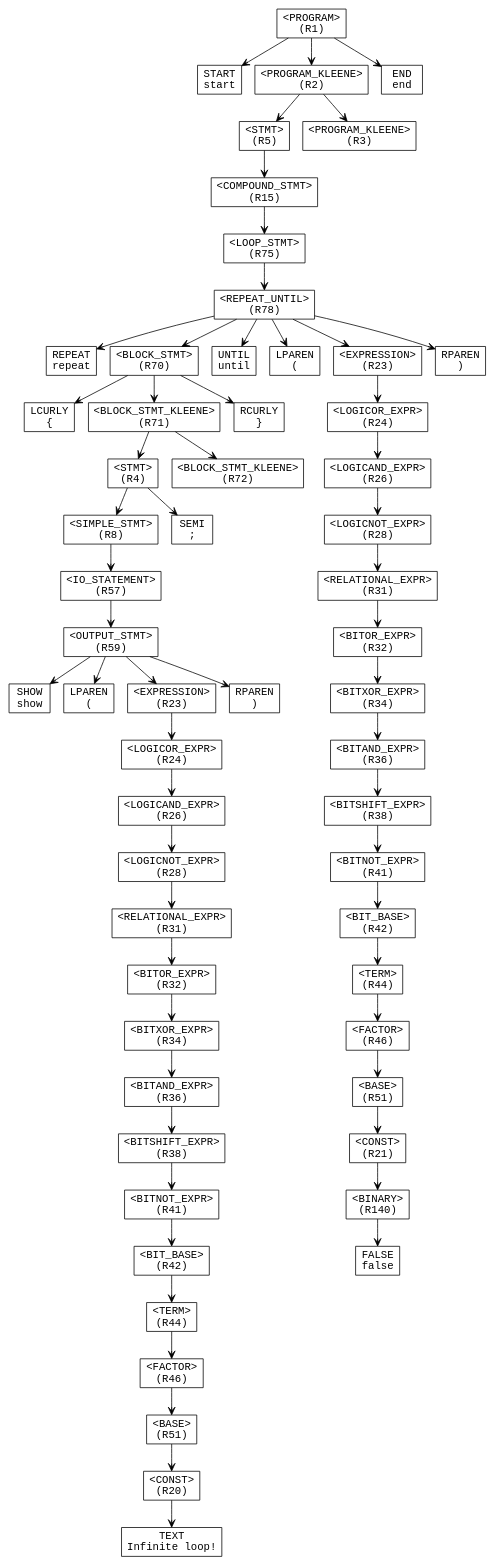
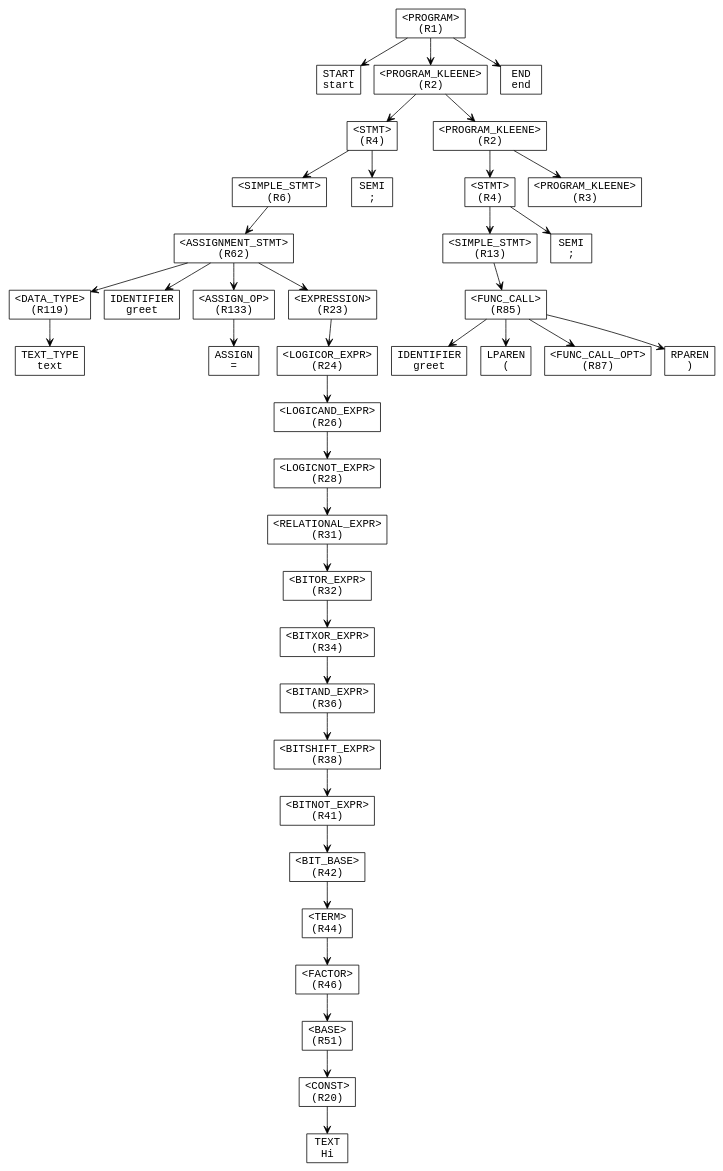
Before and after one commit to AjDesuuu/Upspyre-Programming-Language: the diagram in parse_tree.dot, drawn with Graphviz. The commit also changed 5 other files, not shown here.

```diff
--- a/parse_tree.dot
+++ b/parse_tree.dot
@@ -1,121 +1,81 @@
 digraph ParseTree {
   node [shape=box, fontname="Courier"];
   edge [arrowhead=vee];
-  n569324535 [label="<PROGRAM>\n(R1)"];
-  n1750200725 [label="START\nstart"];
-  n569324535 -> n1750200725;
-  n334939070 [label="<PROGRAM_KLEENE>\n(R2)"];
-  n708589066 [label="<STMT>\n(R5)"];
-  n1104748438 [label="<COMPOUND_STMT>\n(R15)"];
-  n1099975486 [label="<LOOP_STMT>\n(R75)"];
-  n1692310401 [label="<REPEAT_UNTIL>\n(R78)"];
-  n790195574 [label="REPEAT\nrepeat"];
-  n1692310401 -> n790195574;
-  n649458348 [label="<BLOCK_STMT>\n(R70)"];
-  n1707050239 [label="LCURLY\n{"];
-  n649458348 -> n1707050239;
-  n1974274394 [label="<BLOCK_STMT_KLEENE>\n(R71)"];
-  n297515076 [label="<STMT>\n(R4)"];
-  n403839053 [label="<SIMPLE_STMT>\n(R8)"];
-  n26476492 [label="<IO_STATEMENT>\n(R57)"];
-  n485081469 [label="<OUTPUT_STMT>\n(R59)"];
-  n1356608316 [label="SHOW\nshow"];
-  n485081469 -> n1356608316;
-  n1485080858 [label="LPAREN\n("];
-  n485081469 -> n1485080858;
-  n1182232665 [label="<EXPRESSION>\n(R23)"];
-  n340239299 [label="<LOGICOR_EXPR>\n(R24)"];
-  n624113572 [label="<LOGICAND_EXPR>\n(R26)"];
-  n1501800001 [label="<LOGICNOT_EXPR>\n(R28)"];
-  n604758160 [label="<RELATIONAL_EXPR>\n(R31)"];
-  n226166377 [label="<BITOR_EXPR>\n(R32)"];
-  n826908277 [label="<BITXOR_EXPR>\n(R34)"];
-  n1975293875 [label="<BITAND_EXPR>\n(R36)"];
-  n248047348 [label="<BITSHIFT_EXPR>\n(R38)"];
-  n1532358922 [label="<BITNOT_EXPR>\n(R41)"];
-  n638744099 [label="<BIT_BASE>\n(R42)"];
-  n922905693 [label="<TERM>\n(R44)"];
-  n2117387023 [label="<FACTOR>\n(R46)"];
-  n169717858 [label="<BASE>\n(R51)"];
-  n1066101868 [label="<CONST>\n(R20)"];
-  n458202948 [label="TEXT\nInfinite loop!"];
+  n1099975486 [label="<PROGRAM>\n(R1)"];
+  n1692310401 [label="START\nstart"];
+  n1099975486 -> n1692310401;
+  n485081469 [label="<PROGRAM_KLEENE>\n(R2)"];
+  n1356608316 [label="<STMT>\n(R4)"];
+  n1485080858 [label="<SIMPLE_STMT>\n(R6)"];
+  n1182232665 [label="<ASSIGNMENT_STMT>\n(R62)"];
+  n340239299 [label="<DATA_TYPE>\n(R119)"];
+  n624113572 [label="TEXT_TYPE\ntext"];
+  n340239299 -> n624113572;
+  n1182232665 -> n340239299;
+  n1501800001 [label="IDENTIFIER\ngreet"];
+  n1182232665 -> n1501800001;
+  n604758160 [label="<ASSIGN_OP>\n(R133)"];
+  n226166377 [label="ASSIGN\n="];
+  n604758160 -> n226166377;
+  n1182232665 -> n604758160;
+  n826908277 [label="<EXPRESSION>\n(R23)"];
+  n1975293875 [label="<LOGICOR_EXPR>\n(R24)"];
+  n248047348 [label="<LOGICAND_EXPR>\n(R26)"];
+  n1532358922 [label="<LOGICNOT_EXPR>\n(R28)"];
+  n638744099 [label="<RELATIONAL_EXPR>\n(R31)"];
+  n922905693 [label="<BITOR_EXPR>\n(R32)"];
+  n2117387023 [label="<BITXOR_EXPR>\n(R34)"];
+  n169717858 [label="<BITAND_EXPR>\n(R36)"];
+  n1066101868 [label="<BITSHIFT_EXPR>\n(R38)"];
+  n458202948 [label="<BITNOT_EXPR>\n(R41)"];
+  n1136331673 [label="<BIT_BASE>\n(R42)"];
+  n608316716 [label="<TERM>\n(R44)"];
+  n1078910404 [label="<FACTOR>\n(R46)"];
+  n664592182 [label="<BASE>\n(R51)"];
+  n1012989855 [label="<CONST>\n(R20)"];
+  n167681650 [label="TEXT\nHi"];
+  n1012989855 -> n167681650;
+  n664592182 -> n1012989855;
+  n1078910404 -> n664592182;
+  n608316716 -> n1078910404;
+  n1136331673 -> n608316716;
+  n458202948 -> n1136331673;
   n1066101868 -> n458202948;
   n169717858 -> n1066101868;
   n2117387023 -> n169717858;
   n922905693 -> n2117387023;
   n638744099 -> n922905693;
   n1532358922 -> n638744099;
   n248047348 -> n1532358922;
   n1975293875 -> n248047348;
   n826908277 -> n1975293875;
-  n226166377 -> n826908277;
-  n604758160 -> n226166377;
-  n1501800001 -> n604758160;
-  n624113572 -> n1501800001;
-  n340239299 -> n624113572;
-  n1182232665 -> n340239299;
-  n485081469 -> n1182232665;
-  n1136331673 [label="RPAREN\n)"];
-  n485081469 -> n1136331673;
-  n26476492 -> n485081469;
-  n403839053 -> n26476492;
-  n297515076 -> n403839053;
-  n608316716 [label="SEMI\n;"];
-  n297515076 -> n608316716;
-  n1974274394 -> n297515076;
-  n1078910404 [label="<BLOCK_STMT_KLEENE>\n(R72)"];
-  n1974274394 -> n1078910404;
-  n649458348 -> n1974274394;
-  n664592182 [label="RCURLY\n}"];
-  n649458348 -> n664592182;
-  n1692310401 -> n649458348;
-  n1012989855 [label="UNTIL\nuntil"];
-  n1692310401 -> n1012989855;
-  n167681650 [label="LPAREN\n("];
-  n1692310401 -> n167681650;
-  n1063834228 [label="<EXPRESSION>\n(R23)"];
-  n2127351744 [label="<LOGICOR_EXPR>\n(R24)"];
-  n1164663681 [label="<LOGICAND_EXPR>\n(R26)"];
-  n941314128 [label="<LOGICNOT_EXPR>\n(R28)"];
-  n1092214357 [label="<RELATIONAL_EXPR>\n(R31)"];
-  n1504951161 [label="<BITOR_EXPR>\n(R32)"];
-  n1176192157 [label="<BITXOR_EXPR>\n(R34)"];
-  n610276830 [label="<BITAND_EXPR>\n(R36)"];
-  n730106993 [label="<BITSHIFT_EXPR>\n(R38)"];
-  n1873318411 [label="<BITNOT_EXPR>\n(R41)"];
-  n1938492623 [label="<BIT_BASE>\n(R42)"];
-  n1465985413 [label="<TERM>\n(R44)"];
-  n1485422620 [label="<FACTOR>\n(R46)"];
-  n1939487180 [label="<BASE>\n(R51)"];
-  n1482468868 [label="<CONST>\n(R21)"];
-  n103778699 [label="<BINARY>\n(R140)"];
-  n279978098 [label="FALSE\nfalse"];
-  n103778699 -> n279978098;
-  n1482468868 -> n103778699;
-  n1939487180 -> n1482468868;
-  n1485422620 -> n1939487180;
-  n1465985413 -> n1485422620;
-  n1938492623 -> n1465985413;
-  n1873318411 -> n1938492623;
-  n730106993 -> n1873318411;
-  n610276830 -> n730106993;
-  n1176192157 -> n610276830;
-  n1504951161 -> n1176192157;
+  n1182232665 -> n826908277;
+  n1485080858 -> n1182232665;
+  n1356608316 -> n1485080858;
+  n1063834228 [label="SEMI\n;"];
+  n1356608316 -> n1063834228;
+  n485081469 -> n1356608316;
+  n2127351744 [label="<PROGRAM_KLEENE>\n(R2)"];
+  n1164663681 [label="<STMT>\n(R4)"];
+  n941314128 [label="<SIMPLE_STMT>\n(R13)"];
+  n1092214357 [label="<FUNC_CALL>\n(R85)"];
+  n1504951161 [label="IDENTIFIER\ngreet"];
   n1092214357 -> n1504951161;
+  n1176192157 [label="LPAREN\n("];
+  n1092214357 -> n1176192157;
+  n610276830 [label="<FUNC_CALL_OPT>\n(R87)"];
+  n1092214357 -> n610276830;
+  n730106993 [label="RPAREN\n)"];
+  n1092214357 -> n730106993;
   n941314128 -> n1092214357;
   n1164663681 -> n941314128;
+  n1873318411 [label="SEMI\n;"];
+  n1164663681 -> n1873318411;
   n2127351744 -> n1164663681;
-  n1063834228 -> n2127351744;
-  n1692310401 -> n1063834228;
-  n843460593 [label="RPAREN\n)"];
-  n1692310401 -> n843460593;
-  n1099975486 -> n1692310401;
-  n1104748438 -> n1099975486;
-  n708589066 -> n1104748438;
-  n334939070 -> n708589066;
-  n265788211 [label="<PROGRAM_KLEENE>\n(R3)"];
-  n334939070 -> n265788211;
-  n569324535 -> n334939070;
-  n1976445075 [label="END\nend"];
-  n569324535 -> n1976445075;
+  n1938492623 [label="<PROGRAM_KLEENE>\n(R3)"];
+  n2127351744 -> n1938492623;
+  n485081469 -> n2127351744;
+  n1099975486 -> n485081469;
+  n1465985413 [label="END\nend"];
+  n1099975486 -> n1465985413;
 }
```
